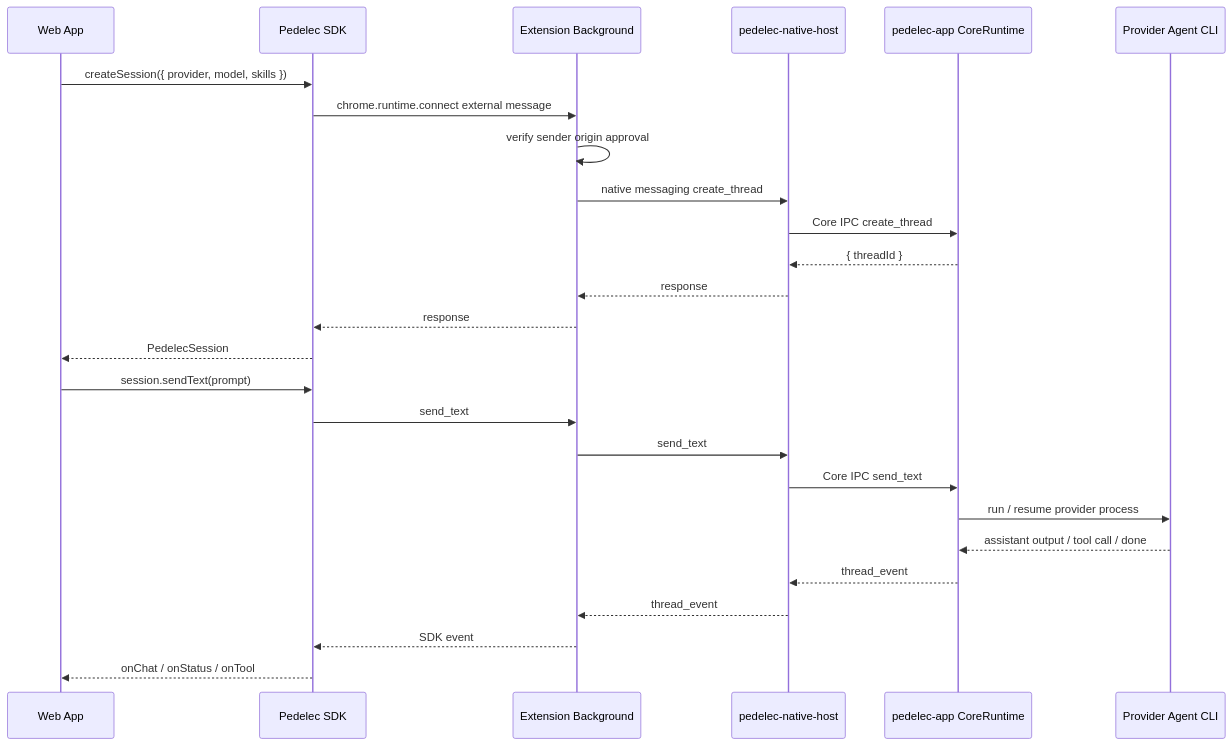
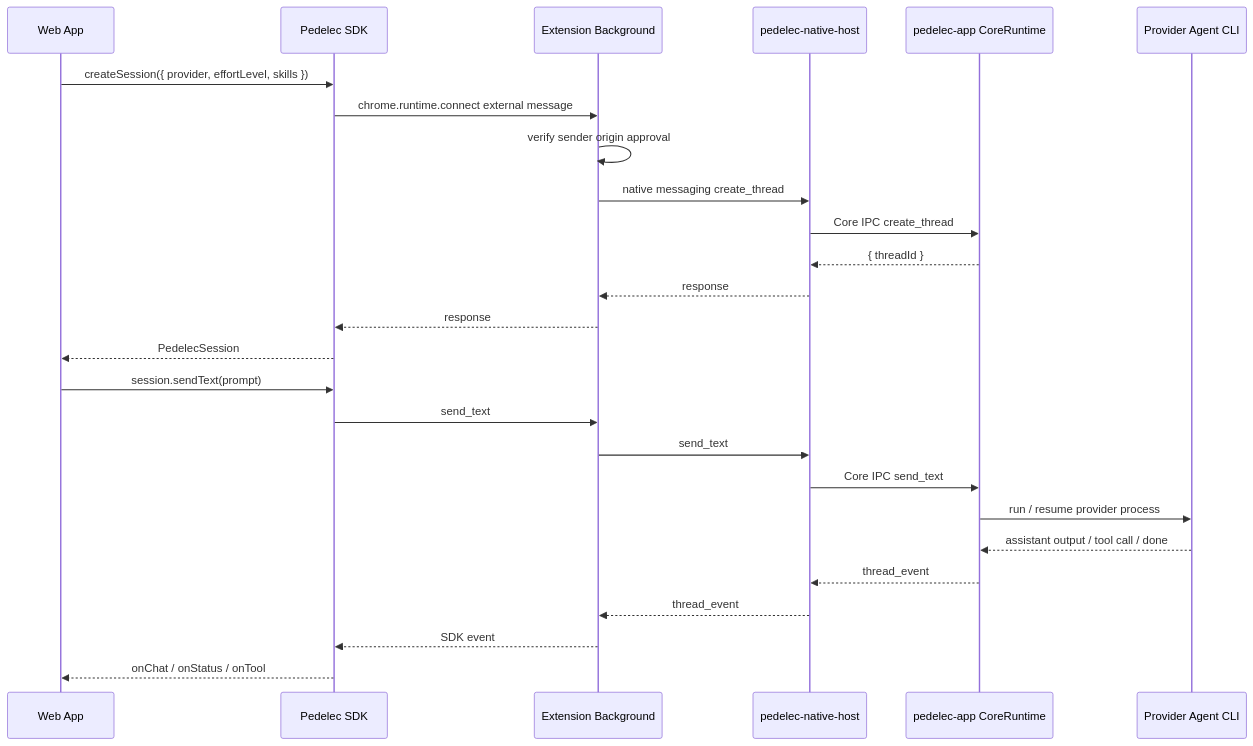
Before and after one commit to kaoruisaac/pedelec: the diagram in README.md, drawn with Mermaid. The commit also changed 50 other files, not shown here.

Commit message:
[feat]: add provider effort level settings

````diff
--- a/README.md
+++ b/README.md
@@ -64,30 +64,30 @@
 ```mermaid
 sequenceDiagram
   participant App as Web App
   participant SDK as Pedelec SDK
   participant BG as Extension Background
   participant NH as pedelec-native-host
   participant Desktop as pedelec-app CoreRuntime
   participant Agent as Provider Agent CLI
 
-  App->>SDK: createSession({ provider, model, skills })
+  App->>SDK: createSession({ provider, effortLevel, skills })
   SDK->>BG: chrome.runtime.connect external message
   BG->>BG: verify sender origin approval
   BG->>NH: native messaging create_thread
   NH->>Desktop: Core IPC create_thread
   Desktop-->>NH: { threadId }
   NH-->>BG: response
   BG-->>SDK: response
   SDK-->>App: PedelecSession
 
   App->>SDK: session.sendText(prompt)
   SDK->>BG: send_text
   BG->>NH: send_text
   NH->>Desktop: Core IPC send_text
   Desktop->>Agent: run / resume provider process
   Agent-->>Desktop: assistant output / tool call / done
   Desktop-->>NH: thread_event
   NH-->>BG: thread_event
   BG-->>SDK: SDK event
   SDK-->>App: onChat / onStatus / onTool
 ```
````
